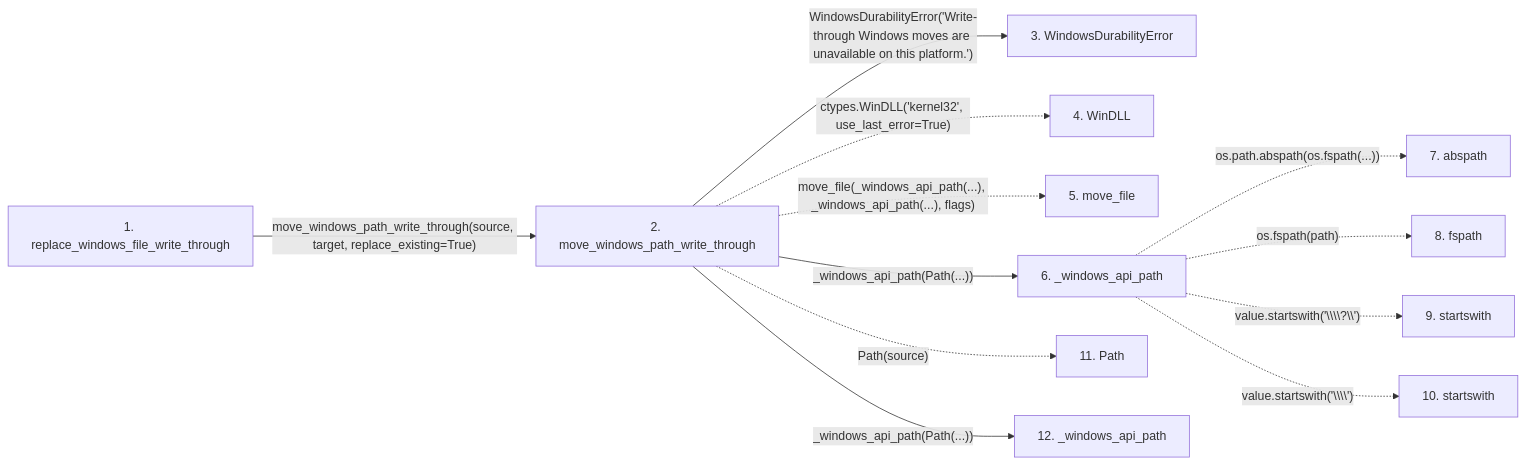
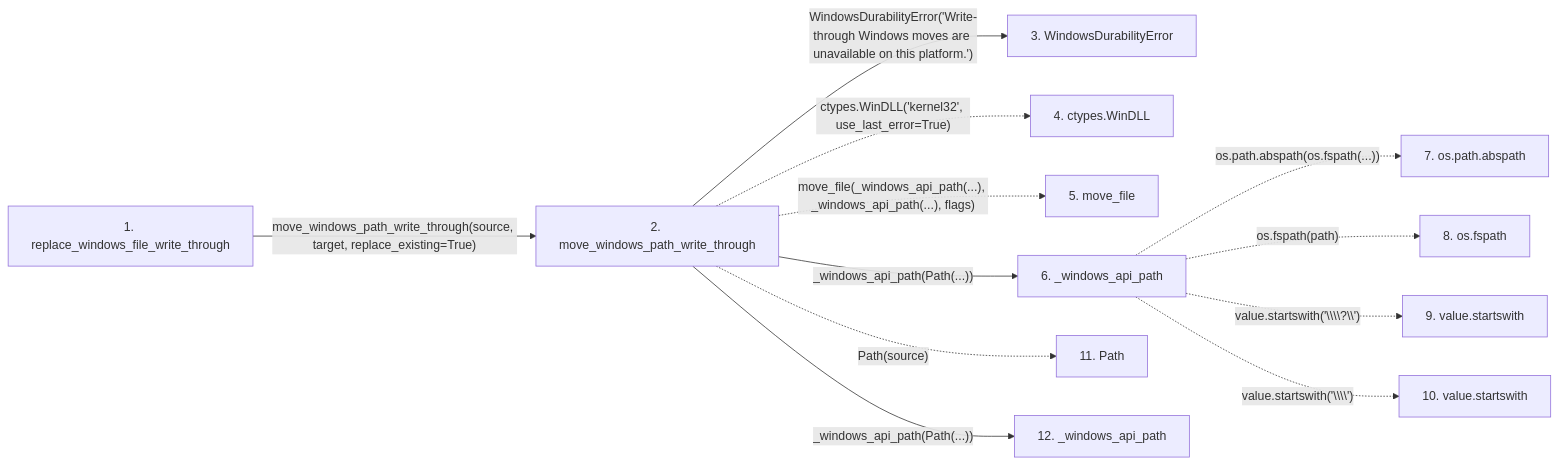
One commit to Denissvgn/python-wiki-llm changed the second of 2 diagrams in docs/llm_wiki/flows/api-replace_windows_file_write_through.md. Above: the diagram before and after it, drawn with Mermaid. The commit also changed other lines of this file and 719 other files, not shown here.

````diff
--- a/docs/llm_wiki/flows/api-replace_windows_file_write_through.md
+++ b/docs/llm_wiki/flows/api-replace_windows_file_write_through.md
@@ -48,31 +48,31 @@
 ```mermaid
 flowchart LR
     s1["1. replace_windows_file_write_through"]
     s2["2. move_windows_path_write_through"]
     s3["3. WindowsDurabilityError"]
-    s4["4. WinDLL"]
+    s4["4. ctypes.WinDLL"]
     s5["5. move_file"]
     s6["6. _windows_api_path"]
-    s7["7. abspath"]
-    s8["8. fspath"]
-    s9["9. startswith"]
-    s10["10. startswith"]
+    s7["7. os.path.abspath"]
+    s8["8. os.fspath"]
+    s9["9. value.startswith"]
+    s10["10. value.startswith"]
     s11["11. Path"]
     s12["12. _windows_api_path"]
     s1 -->|"move_windows_path_write_through(source, target, replace_existing=True)"| s2
     s2 -->|"WindowsDurabilityError('Write-through Windows moves are unavailable on this platform.')"| s3
     s2 -. "ctypes.WinDLL('kernel32', use_last_error=True)" .-> s4
     s2 -. "move_file(_windows_api_path(...), _windows_api_path(...), flags)" .-> s5
     s2 -->|"_windows_api_path(Path(...))"| s6
     s6 -. "os.path.abspath(os.fspath(...))" .-> s7
     s6 -. "os.fspath(path)" .-> s8
     s6 -. "value.startswith('\\\\?\\')" .-> s9
     s6 -. "value.startswith('\\\\')" .-> s10
     s2 -. "Path(source)" .-> s11
     s2 -->|"_windows_api_path(Path(...))"| s12
     click s1 "../modules/filesystem_guard.md"
     click s2 "../modules/filesystem_guard.md"
     click s3 "../modules/filesystem_guard.md"
     click s6 "../modules/filesystem_guard.md"
     click s12 "../modules/filesystem_guard.md"
 ```
````
